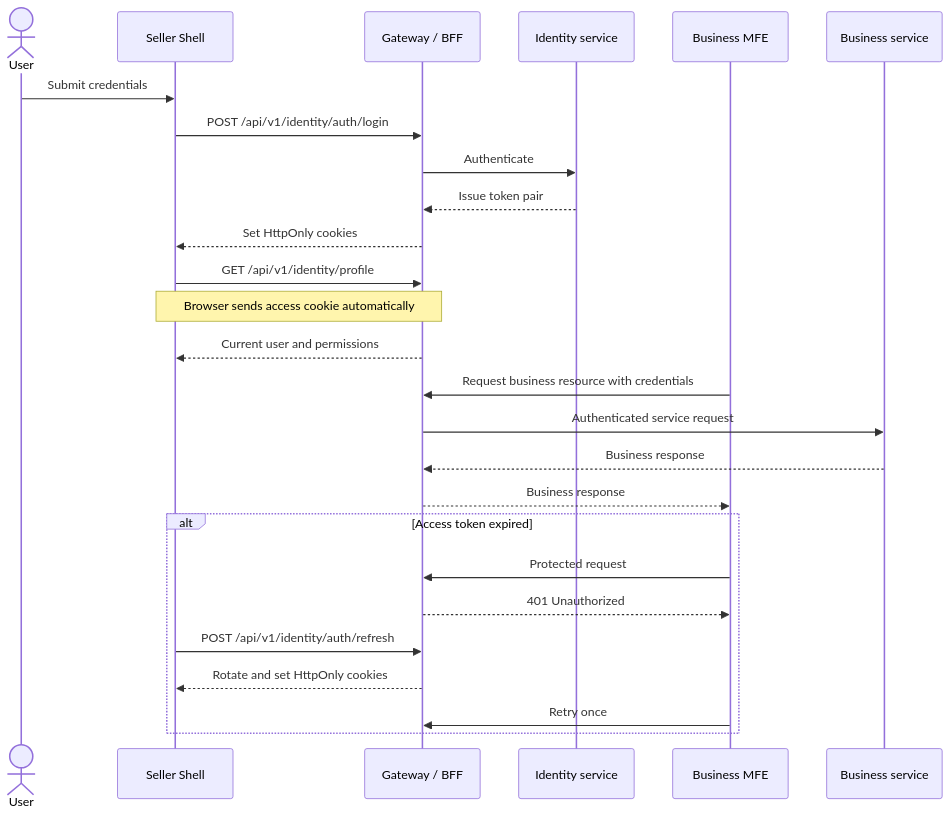
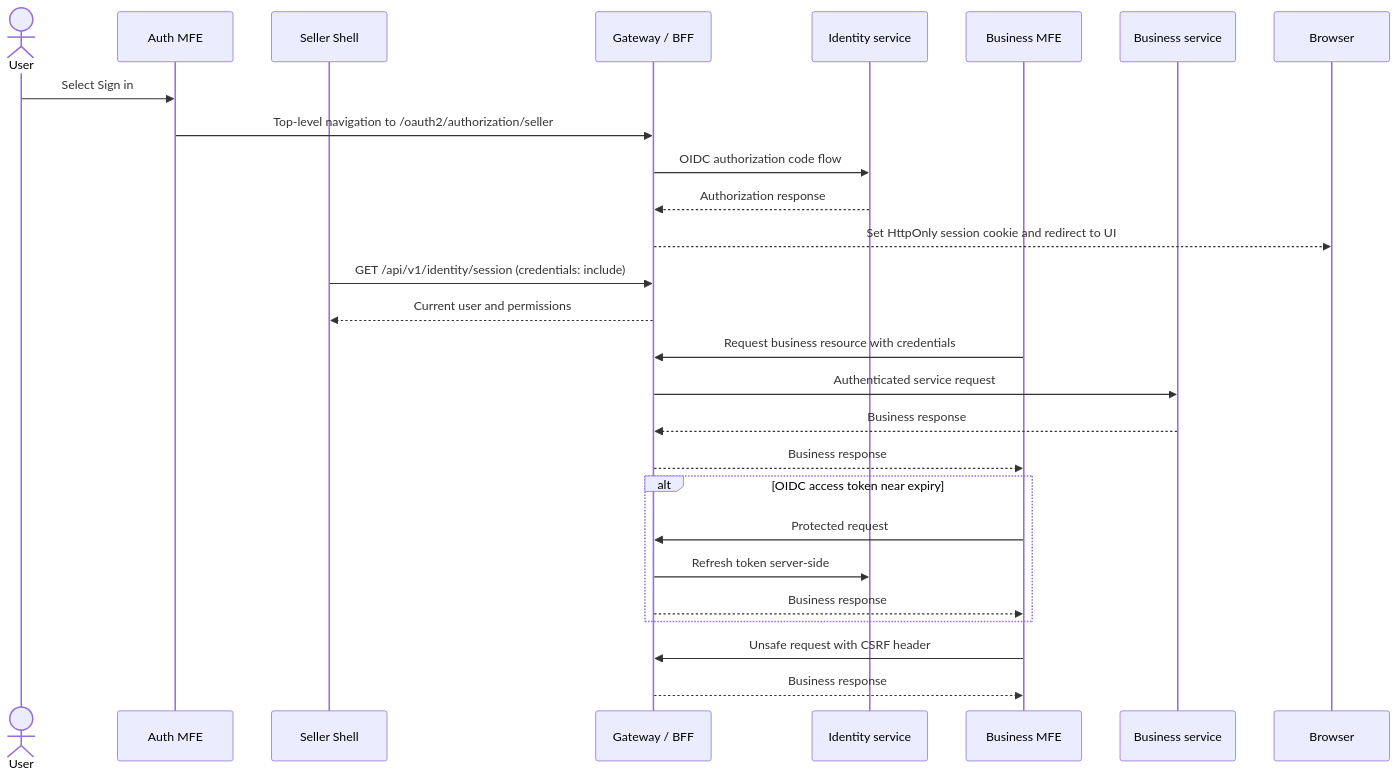
One commit to khinemyaezin/grab-web changed the second of 2 diagrams in apps/grab-seller/docs/ADR-001-mfe-state-communication-and-cookie-session.md. Above: the diagram before and after it, drawn with Mermaid. The commit also changed other lines of this file and 98 other files, not shown here.

Commit message:
refactor: remove grab-seller-auth micro-frontend and consolidate auth into grab-seller app

````diff
--- a/apps/grab-seller/docs/ADR-001-mfe-state-communication-and-cookie-session.md
+++ b/apps/grab-seller/docs/ADR-001-mfe-state-communication-and-cookie-session.md
@@ -103,32 +108,32 @@
 ```mermaid
 sequenceDiagram
     actor User
+    participant AuthMFE as Auth MFE
     participant Shell as Seller Shell
     participant Gateway as Gateway / BFF
     participant Identity as Identity service
     participant MFE as Business MFE
     participant API as Business service
 
-    User->>Shell: Submit credentials
-    Shell->>Gateway: POST /api/v1/identity/auth/login
-    Gateway->>Identity: Authenticate
-    Identity-->>Gateway: Issue token pair
-    Gateway-->>Shell: Set HttpOnly cookies
-
-    Shell->>Gateway: GET /api/v1/identity/profile
-    Note over Shell,Gateway: Browser sends access cookie automatically
+    User->>AuthMFE: Select Sign in
+    AuthMFE->>Gateway: Top-level navigation to /oauth2/authorization/seller
+    Gateway->>Identity: OIDC authorization code flow
+    Identity-->>Gateway: Authorization response
+    Gateway-->>Browser: Set HttpOnly session cookie and redirect to UI
+    Shell->>Gateway: GET /api/v1/identity/session (credentials: include)
     Gateway-->>Shell: Current user and permissions
 
     MFE->>Gateway: Request business resource with credentials
     Gateway->>API: Authenticated service request
     API-->>Gateway: Business response
     Gateway-->>MFE: Business response
 
-    alt Access token expired
+    alt OIDC access token near expiry
         MFE->>Gateway: Protected request
-        Gateway-->>MFE: 401 Unauthorized
-        Shell->>Gateway: POST /api/v1/identity/auth/refresh
-        Gateway-->>Shell: Rotate and set HttpOnly cookies
-        MFE->>Gateway: Retry once
+        Gateway->>Identity: Refresh token server-side
+        Gateway-->>MFE: Business response
     end
+
+    MFE->>Gateway: Unsafe request with CSRF header
+    Gateway-->>MFE: Business response
 ```
````
